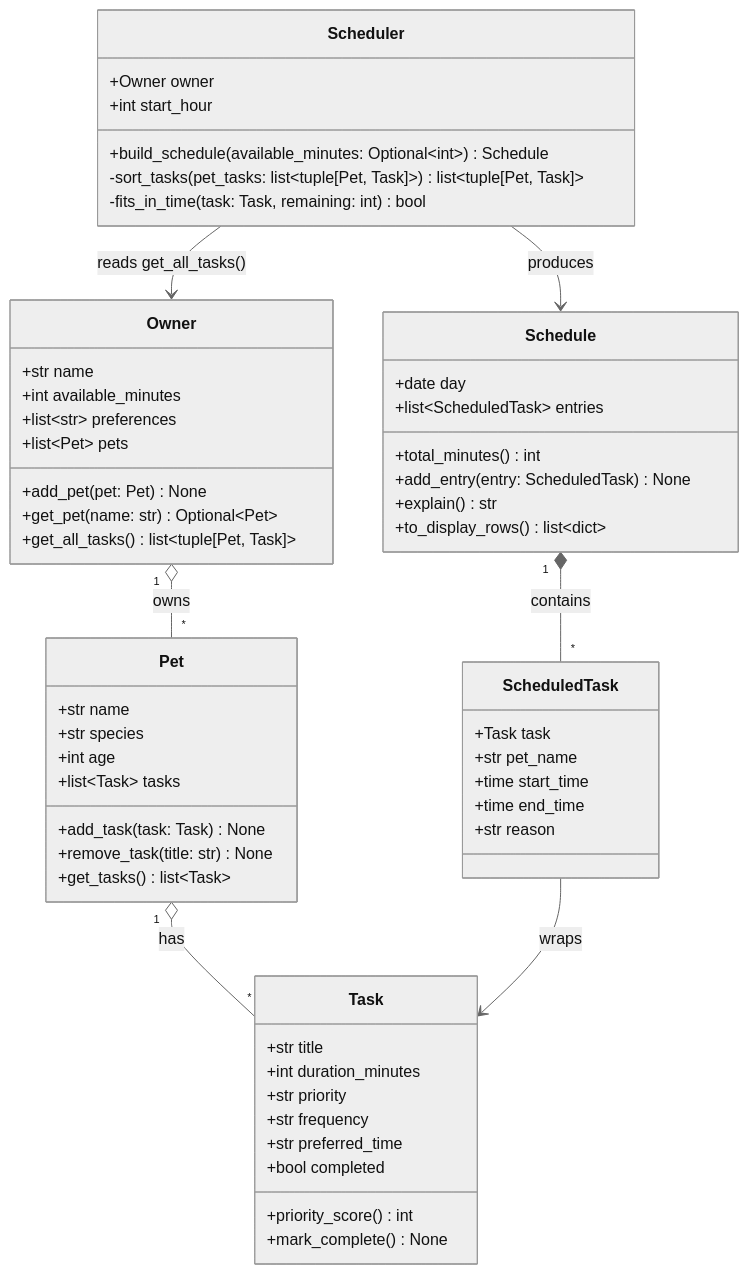
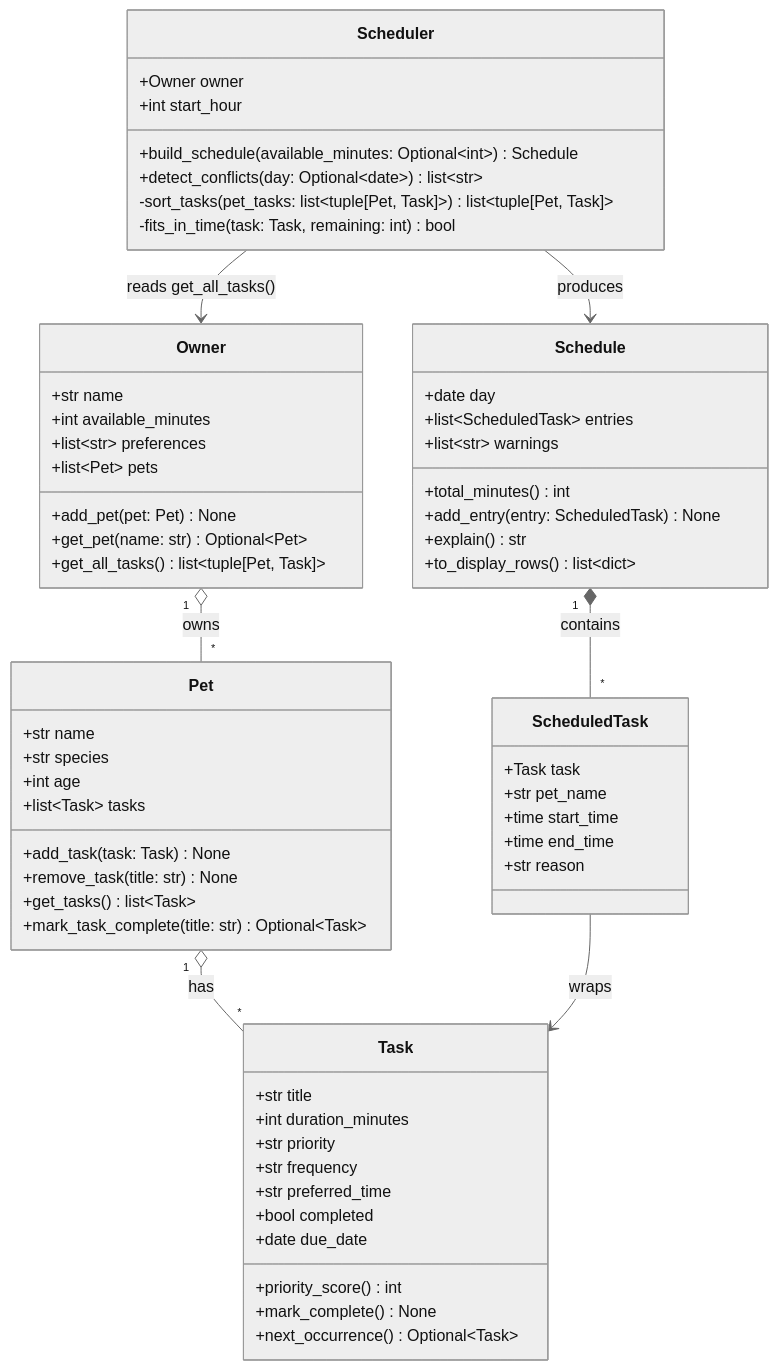
One commit to judejoyson/ai110-module2show-pawpal-starter changed the diagram in diagrams/uml.mmd. Above: the diagram before and after it, drawn with Mermaid (neutral theme). The commit also changed 6 other files, not shown here.

```diff
--- a/diagrams/uml.mmd
+++ b/diagrams/uml.mmd
@@ -1,66 +1,71 @@
 classDiagram
     %% PawPal+ class design
     %% Keep this file updated so it matches your final implementation.
 
     class Owner {
         +str name
         +int available_minutes
         +list~str~ preferences
         +list~Pet~ pets
         +add_pet(pet: Pet) None
         +get_pet(name: str) Optional~Pet~
         +get_all_tasks() list~tuple[Pet, Task]~
     }
 
     class Pet {
         +str name
         +str species
         +int age
         +list~Task~ tasks
         +add_task(task: Task) None
         +remove_task(title: str) None
         +get_tasks() list~Task~
+        +mark_task_complete(title: str) Optional~Task~
     }
 
     class Task {
         +str title
         +int duration_minutes
         +str priority
         +str frequency
         +str preferred_time
         +bool completed
+        +date due_date
         +priority_score() int
         +mark_complete() None
+        +next_occurrence() Optional~Task~
     }
 
     class Scheduler {
         +Owner owner
         +int start_hour
         +build_schedule(available_minutes: Optional~int~) Schedule
+        +detect_conflicts(day: Optional~date~) list~str~
         -sort_tasks(pet_tasks: list~tuple[Pet, Task]~) list~tuple[Pet, Task]~
         -fits_in_time(task: Task, remaining: int) bool
     }
 
     class Schedule {
         +date day
         +list~ScheduledTask~ entries
+        +list~str~ warnings
         +total_minutes() int
         +add_entry(entry: ScheduledTask) None
         +explain() str
         +to_display_rows() list~dict~
     }
 
     class ScheduledTask {
         +Task task
         +str pet_name
         +time start_time
         +time end_time
         +str reason
     }
 
     Owner "1" o-- "*" Pet : owns
     Pet "1" o-- "*" Task : has
     Scheduler --> Owner : reads get_all_tasks()
     Scheduler --> Schedule : produces
     Schedule "1" *-- "*" ScheduledTask : contains
     ScheduledTask --> Task : wraps
```
